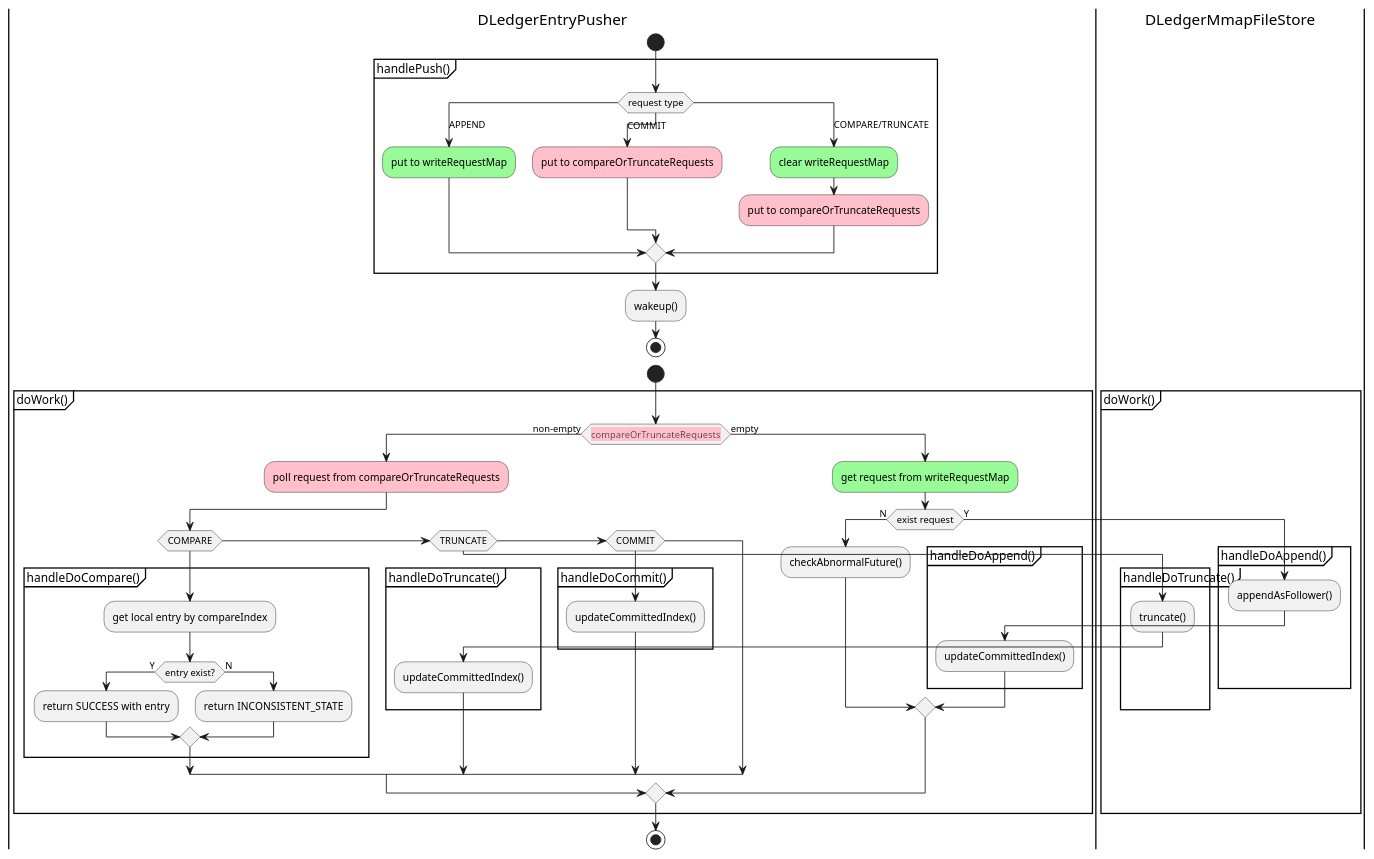
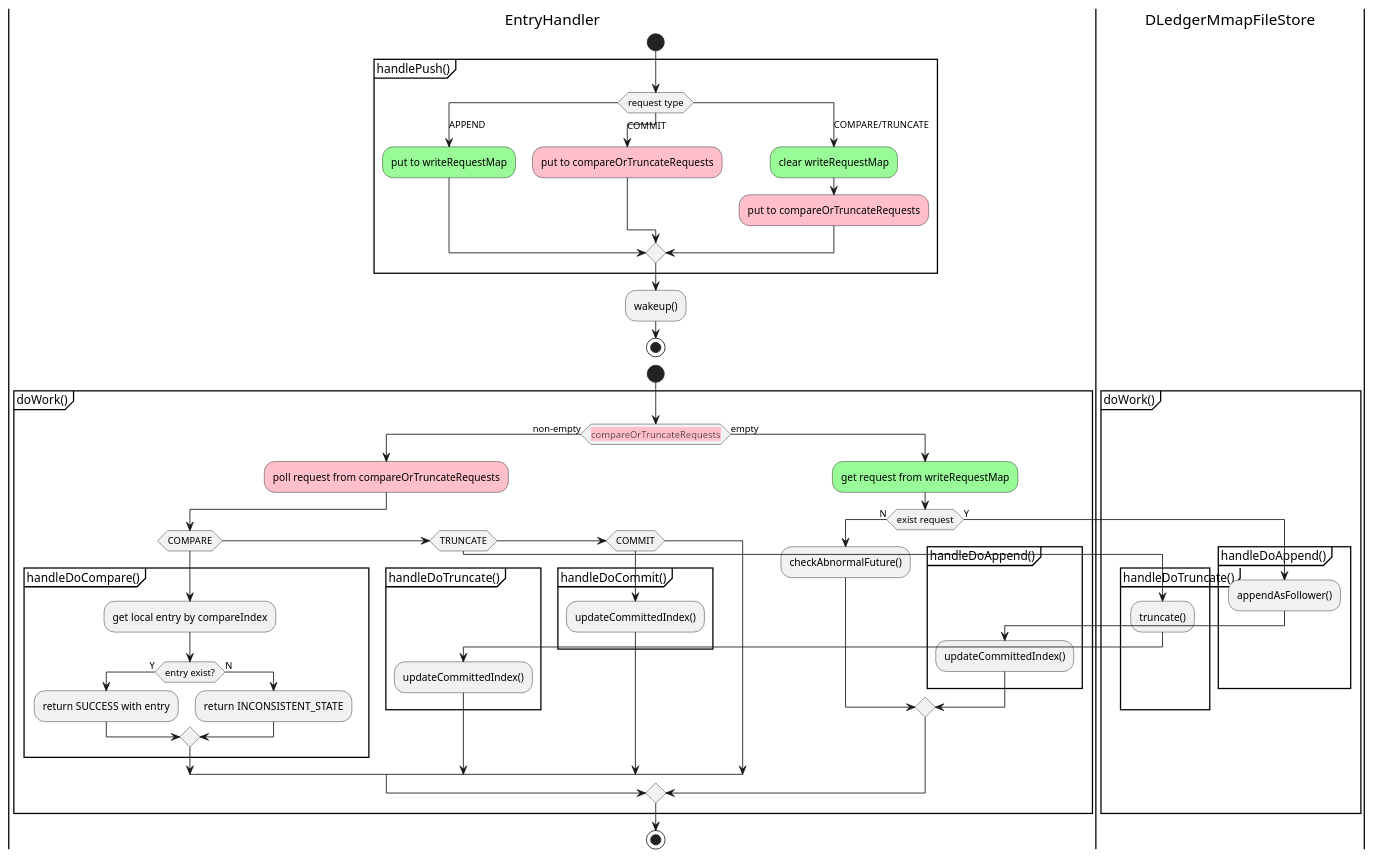
The diagram in rocketmq/99991231-rocketmq-dledger-log-replication.assets/dledger-follower-entry-handle.puml (HScarb/knowledge), drawn with PlantUML before and after one commit. The commit also changed 3 other files, not shown here.

```diff
--- a/rocketmq/99991231-rocketmq-dledger-log-replication.assets/dledger-follower-entry-handle.puml
+++ b/rocketmq/99991231-rocketmq-dledger-log-replication.assets/dledger-follower-entry-handle.puml
@@ -1,58 +1,58 @@
 @startuml
-|DLedgerEntryPusher|
+|EntryHandler|
 start
 partition handlePush() {
     switch (request type)
     case (APPEND)
         #palegreen:put to writeRequestMap;
     case (COMMIT)
         #pink:put to compareOrTruncateRequests;
     case (COMPARE/TRUNCATE)
         #palegreen:clear writeRequestMap;
         #pink:put to compareOrTruncateRequests;
     endswitch
 }
 :wakeup();
 stop
 
 start
 partition doWork() {
     if (<back:pink>compareOrTruncateRequests) then (non-empty)
         #pink:poll request from compareOrTruncateRequests;
         if (COMPARE) then
             partition handleDoCompare() {
                 :get local entry by compareIndex;
                 if (entry exist?) then (Y)
                     :return SUCCESS with entry;
                 else (N)
                     :return INCONSISTENT_STATE;
                 endif
             }
         elseif (TRUNCATE)
             partition handleDoTruncate() {
                 |DLedgerMmapFileStore|
                 :truncate();
-                |DLedgerEntryPusher|
+                |EntryHandler|
                 :updateCommittedIndex();
             }
         elseif (COMMIT)
             partition handleDoCommit() {
                 :updateCommittedIndex();
             }
         endif
     else (empty)
         #palegreen:get request from writeRequestMap;
         if (exist request) then (N)
             :checkAbnormalFuture();
         else (Y)
             partition handleDoAppend() {
                 |DLedgerMmapFileStore|
                 :appendAsFollower();
-                |DLedgerEntryPusher|
+                |EntryHandler|
                 :updateCommittedIndex();
             }
         endif
     endif
 }
 stop
 @enduml
```
